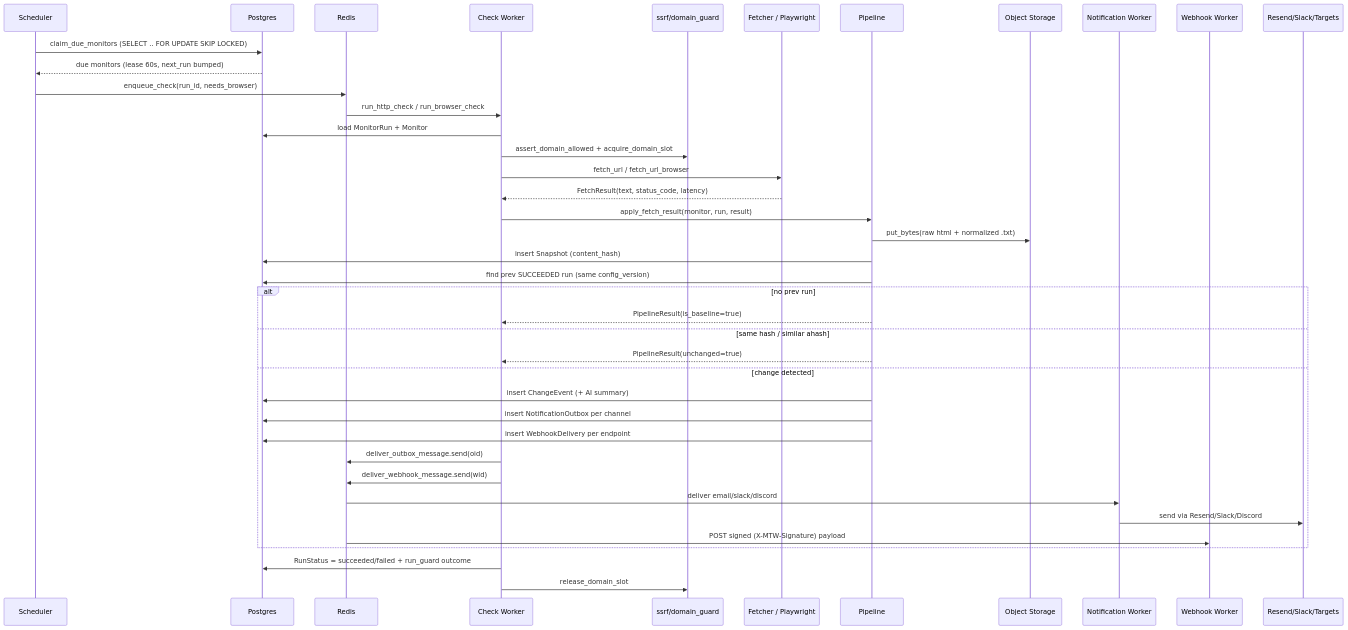
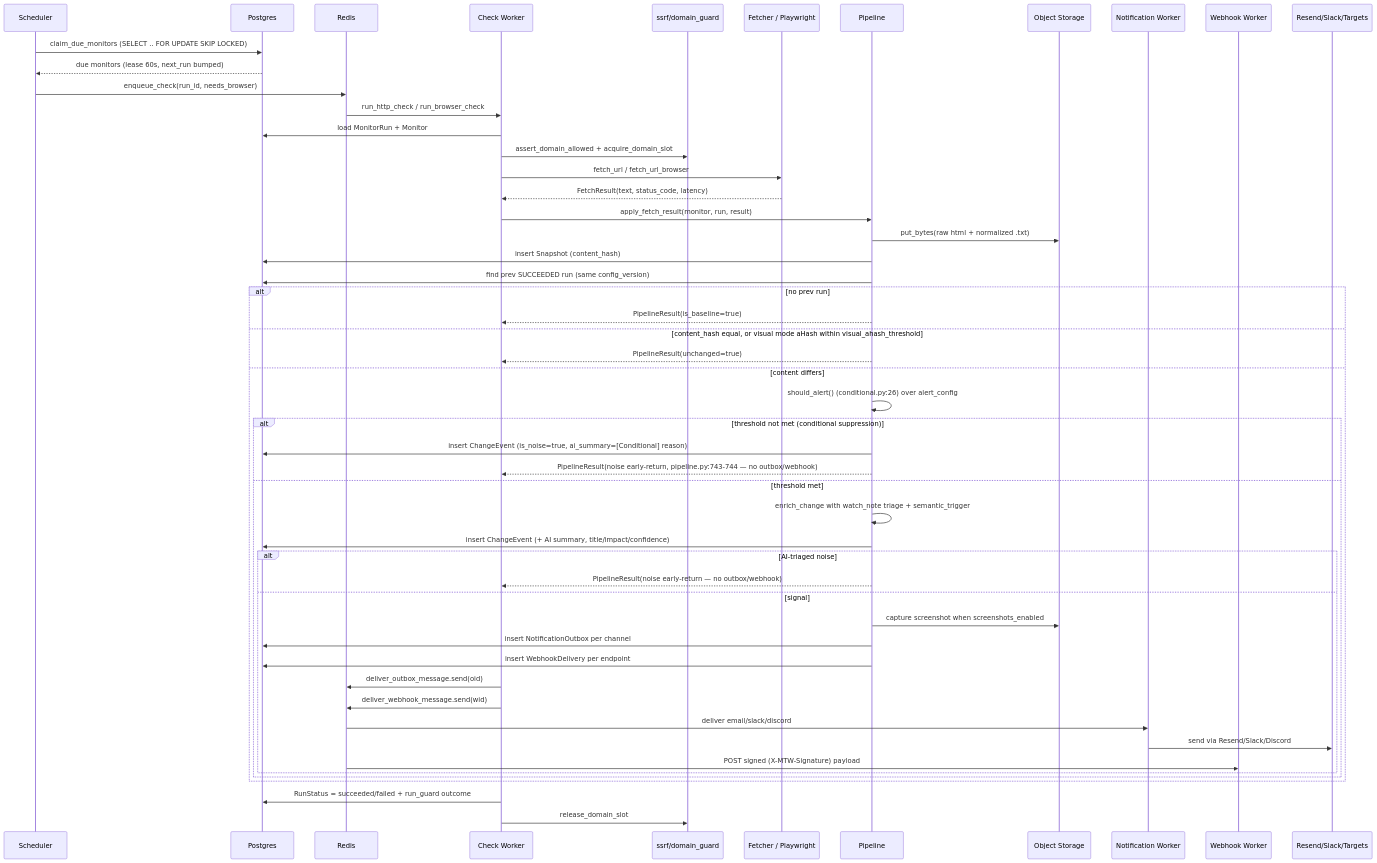
The fourth of 7 diagrams in docs/architecture-uml.md (sunil-gumatimath/web-observer), drawn with Mermaid before and after one commit. The commit also changed other lines of this file and 7 other files, not shown here.

Commit message:
Docs refresh: new UI features, hidden launcher, kilo LLM defaults, threshold/noise flow

````diff
--- a/docs/architecture-uml.md
+++ b/docs/architecture-uml.md
@@ -234,43 +270,55 @@
 ```mermaid
 sequenceDiagram
     participant S as Scheduler
     participant DB as Postgres
     participant R as Redis
     participant W as Check Worker
     participant G as ssrf/domain_guard
     participant F as Fetcher / Playwright
     participant P as Pipeline
     participant OBJ as Object Storage
     participant N as Notification Worker
     participant WH as Webhook Worker
     participant EXT as Resend/Slack/Targets
 
     S->>DB: claim_due_monitors (SELECT .. FOR UPDATE SKIP LOCKED)
     DB-->>S: due monitors (lease 60s, next_run bumped)
     S->>R: enqueue_check(run_id, needs_browser)
     R->>W: run_http_check / run_browser_check
     W->>DB: load MonitorRun + Monitor
     W->>G: assert_domain_allowed + acquire_domain_slot
     W->>F: fetch_url / fetch_url_browser
     F-->>W: FetchResult(text, status_code, latency)
     W->>P: apply_fetch_result(monitor, run, result)
     P->>OBJ: put_bytes(raw html + normalized .txt)
     P->>DB: insert Snapshot (content_hash)
     P->>DB: find prev SUCCEEDED run (same config_version)
     alt no prev run
         P-->>W: PipelineResult(is_baseline=true)
-    else same hash / similar ahash
+    else content_hash equal, or visual mode aHash within visual_ahash_threshold
         P-->>W: PipelineResult(unchanged=true)
-    else change detected
-        P->>DB: insert ChangeEvent (+ AI summary)
-        P->>DB: insert NotificationOutbox per channel
-        P->>DB: insert WebhookDelivery per endpoint
-        W->>R: deliver_outbox_message.send(oid)
-        W->>R: deliver_webhook_message.send(wid)
-        R->>N: deliver email/slack/discord
-        N->>EXT: send via Resend/Slack/Discord
-        R->>WH: POST signed (X-MTW-Signature) payload
+    else content differs
+        P->>P: should_alert() (conditional.py:26) over alert_config
+        alt threshold not met (conditional suppression)
+            P->>DB: insert ChangeEvent (is_noise=true, ai_summary=[Conditional] reason)
+            P-->>W: PipelineResult(noise early-return, pipeline.py:743-744 — no outbox/webhook)
+        else threshold met
+            P->>P: enrich_change with watch_note triage + semantic_trigger
+            P->>DB: insert ChangeEvent (+ AI summary, title/impact/confidence)
+            alt AI-triaged noise
+                P-->>W: PipelineResult(noise early-return — no outbox/webhook)
+            else signal
+                P->>OBJ: capture screenshot when screenshots_enabled
+                P->>DB: insert NotificationOutbox per channel
+                P->>DB: insert WebhookDelivery per endpoint
+                W->>R: deliver_outbox_message.send(oid)
+                W->>R: deliver_webhook_message.send(wid)
+                R->>N: deliver email/slack/discord
+                N->>EXT: send via Resend/Slack/Discord
+                R->>WH: POST signed (X-MTW-Signature) payload
+            end
+        end
     end
     W->>DB: RunStatus = succeeded/failed + run_guard outcome
     W->>G: release_domain_slot
 ```
````
